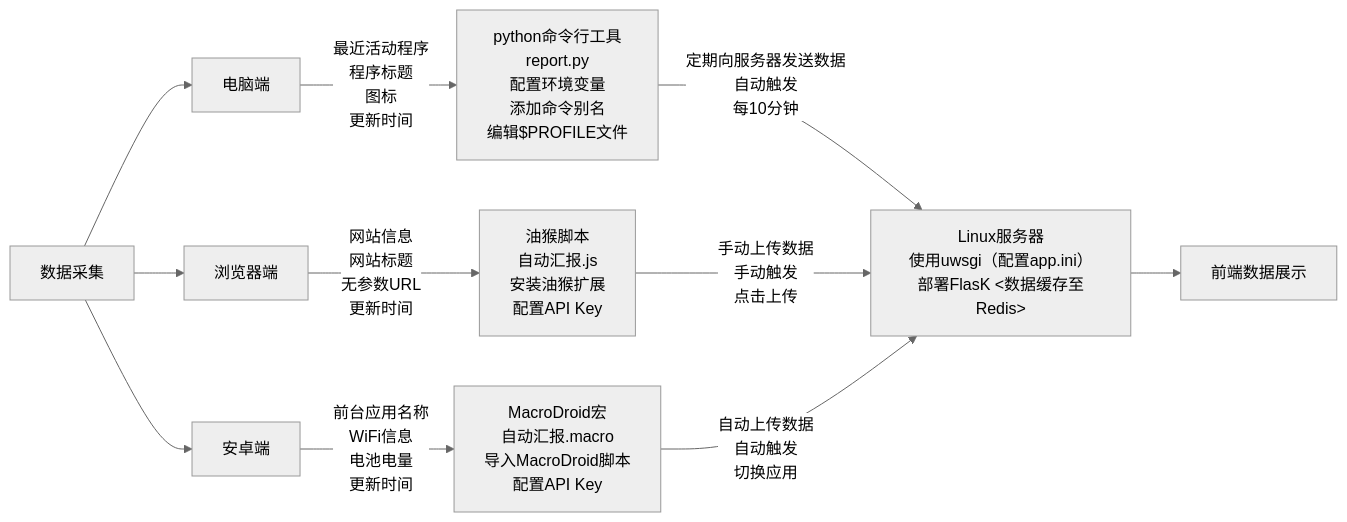
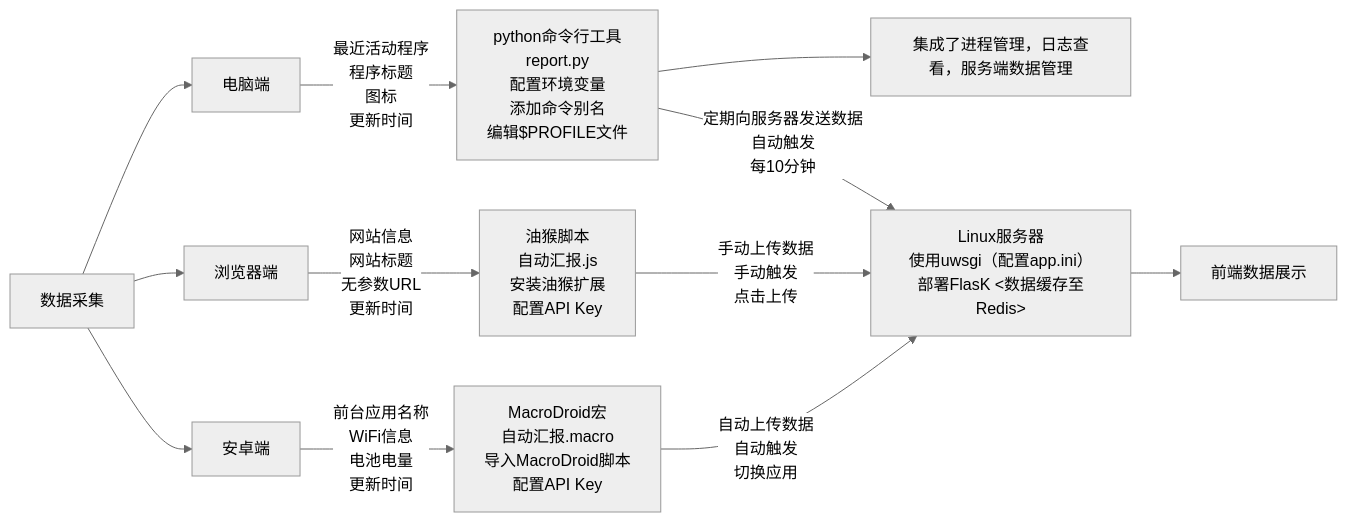
One commit to 2412322029/seeme changed the diagram in Readme.md. Above: the diagram before and after it, drawn with Mermaid (neutral theme). The commit also changed other lines of this file, not shown here.

````diff
--- a/Readme.md
+++ b/Readme.md
@@ -10,21 +10,21 @@
 ```mermaid
 graph LR
     A[数据采集] --> B[电脑端]
     A --> C[ 浏览器端]
     A --> D[安卓端]
 	F[Linux服务器<br>使用uwsgi（配置app.ini）<br>部署FlasK <数据缓存至Redis> ]
 	
 	F --> x[前端数据展示]
 	
 	L[python命令行工具<br> report.py<br> 配置环境变量<br>添加命令别名<br>编辑$PROFILE文件]
 	M[油猴脚本<br>自动汇报.js<br>  安装油猴扩展<br>配置API Key]
 	N[MacroDroid宏<br>自动汇报.macro<br> 导入MacroDroid脚本<br>配置API Key]
-	
+    L--> Y[集成了进程管理，日志查看，服务端数据管理]
     B-->|最近活动程序<br>程序标题<br>图标<br>更新时间 | L
     C-->|网站信息<br>网站标题<br>无参数URL<br>更新时间| M
     D -->|前台应用名称<br>WiFi信息<br>电池电量<br>更新时间 | N
 
     L -->|定期向服务器发送数据<br>自动触发<br>每10分钟| F
     M -->|手动上传数据<br>手动触发<br>点击上传| F
     N -->|自动上传数据<br>自动触发<br>切换应用| F
 ```
````
